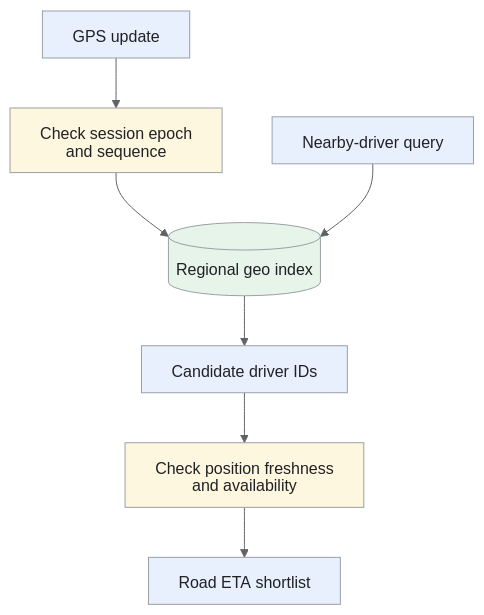
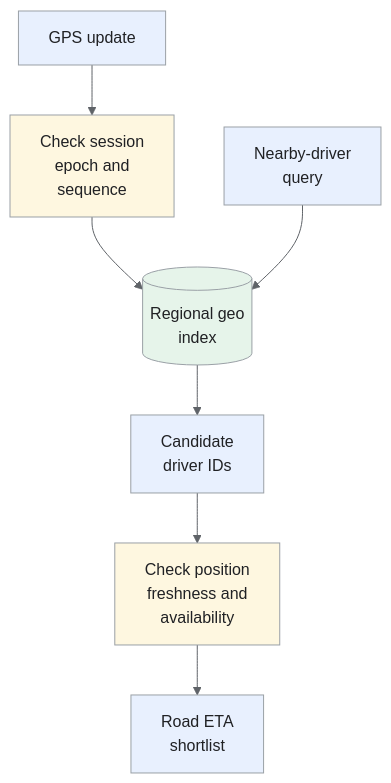
One commit to iliazlobin/iliazlobin.github.io changed the fifth of 7 diagrams in _designs/system-design-doordash-uber-eats.md. Above: the diagram before and after it, drawn with Mermaid. The commit also changed other lines of this file and 116 other files, not shown here.

````diff
--- a/_designs/system-design-doordash-uber-eats.md
+++ b/_designs/system-design-doordash-uber-eats.md
@@ -293,17 +323,17 @@
 ```mermaid
-%%{init: {'theme':'base','htmlLabels':false,'flowchart':{'htmlLabels':false},'themeVariables':{'fontFamily':'Arial, sans-serif','primaryColor':'#e8f0fe','primaryTextColor':'#202124','primaryBorderColor':'#9aa0a6','lineColor':'#5f6368','secondaryColor':'#e6f4ea','tertiaryColor':'#fef7e0','actorBkg':'#e8f0fe','actorBorder':'#9aa0a6','actorTextColor':'#202124','noteBkgColor':'#fef7e0','noteTextColor':'#202124','noteBorderColor':'#9aa0a6','signalColor':'#5f6368','signalTextColor':'#202124','labelBoxBkgColor':'#fef7e0','labelBoxBorderColor':'#9aa0a6'}}}%%
+%%{init: {'theme':'base','themeVariables':{'primaryColor':'#e8f0fe','primaryTextColor':'#202124','primaryBorderColor':'#9aa0a6','lineColor':'#5f6368','secondaryColor':'#e6f4ea','tertiaryColor':'#fef7e0','actorBkg':'#e8f0fe','actorBorder':'#9aa0a6','actorTextColor':'#202124','noteBkgColor':'#fef7e0','noteTextColor':'#202124','noteBorderColor':'#9aa0a6','signalColor':'#5f6368','signalTextColor':'#202124','labelBoxBkgColor':'#fef7e0','labelBoxBorderColor':'#9aa0a6'}}}%%
 flowchart TB
-  U["GPS update"] --> V["Check session epoch<br>and sequence"]
-  V --> I[("Regional geo index")]
-  Q["Nearby-driver query"] --> I
-  I --> C["Candidate driver IDs"]
-  C --> F["Check position freshness<br>and availability"]
-  F --> E["Road ETA shortlist"]
+  U["GPS update"] --> V["Check session<br>epoch and<br>sequence"]
+  V --> I[("Regional geo<br>index")]
+  Q["Nearby-driver<br>query"] --> I
+  I --> C["Candidate<br>driver IDs"]
+  C --> F["Check position<br>freshness and<br>availability"]
+  F --> E["Road ETA<br>shortlist"]
   class U,Q,C,E request
   class I data
   class V,F control
 classDef request fill:#e8f0fe,stroke:#9aa0a6,color:#202124;
 classDef data fill:#e6f4ea,stroke:#9aa0a6,color:#202124;
 classDef control fill:#fef7e0,stroke:#9aa0a6,color:#202124;
 classDef danger fill:#fce8e6,stroke:#9aa0a6,color:#202124;
 ```
````
